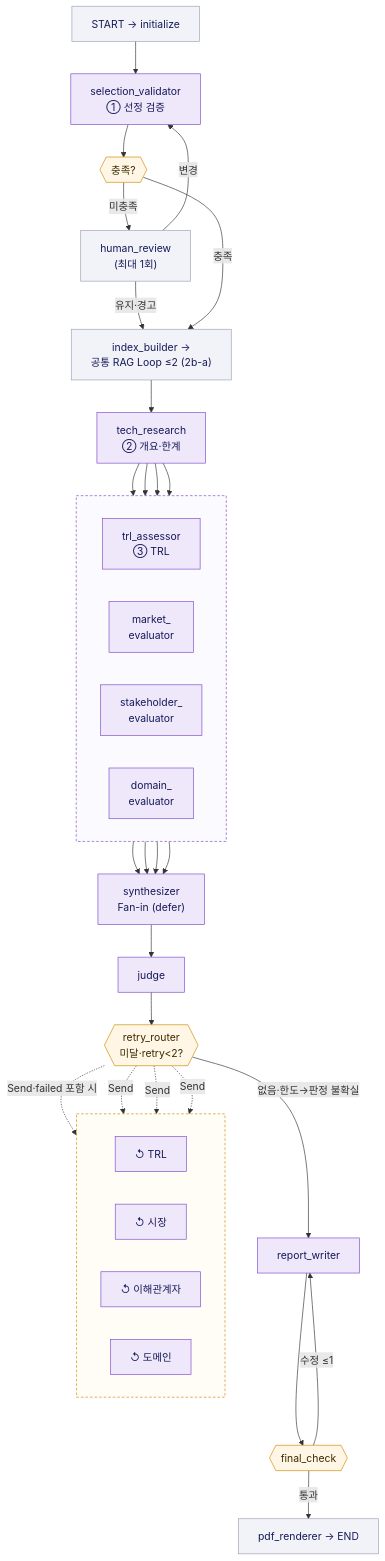
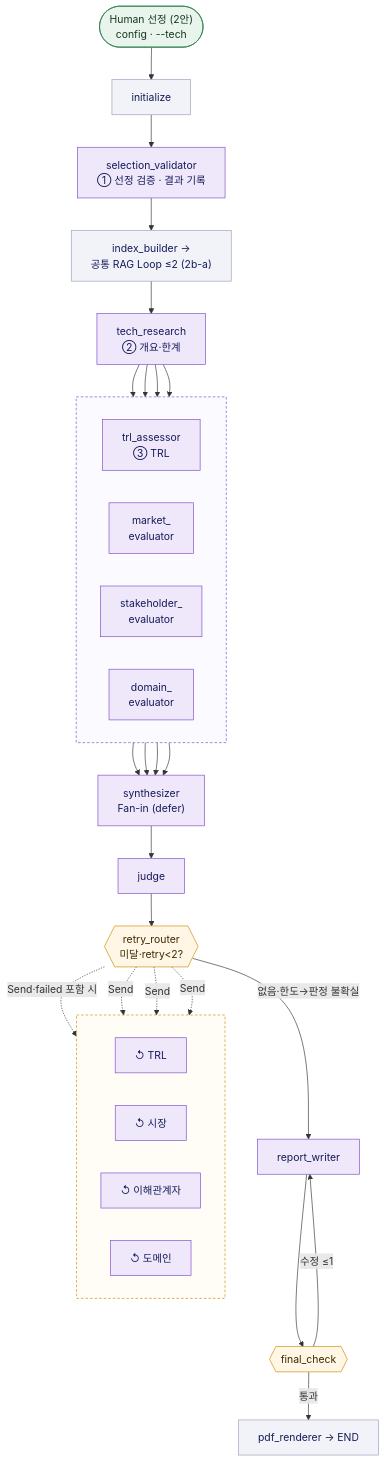
One commit to jinsu1011/skala-project-0921 changed the diagram in docs/graph_overview.mmd. Above: the diagram before and after it, drawn with Mermaid. The commit also changed 25 other files, not shown here.

```diff
--- a/docs/graph_overview.mmd
+++ b/docs/graph_overview.mmd
@@ -1,42 +1,41 @@
 flowchart TD
-    INIT["START → initialize"] --> VAL["selection_validator<br/>① 선정 검증"]
-    VAL --> VQ{{"충족?"}}
-    VQ -->|"미충족"| HUM["human_review<br/>(최대 1회)"]
-    HUM -->|"변경"| VAL
-    HUM -->|"유지·경고"| CR
-    VQ -->|"충족"| CR["index_builder →<br/>공통 RAG Loop ≤2 (2b-a)"]
+    H0(["Human 선정 (2안)<br/>config · --tech"]) --> INIT["initialize"]
+    INIT --> VAL["selection_validator<br/>① 선정 검증 · 결과 기록"]
+    VAL --> CR["index_builder →<br/>공통 RAG Loop ≤2 (2b-a)"]
     CR --> TR["tech_research<br/>② 개요·한계"]
     subgraph FAN[" "]
         direction LR
         TRL["trl_assessor<br/>③ TRL"]
         MK["market_<br/>evaluator"]
         SH["stakeholder_<br/>evaluator"]
         DM["domain_<br/>evaluator"]
     end
     TR --> TRL & MK & SH & DM
     TRL & MK & SH & DM --> SY["synthesizer<br/>Fan-in (defer)"]
     SY --> JD["judge"]
     JD --> RR{{"retry_router<br/>미달·retry<2?"}}
     subgraph RERUN[" "]
         direction LR
         R1["↺ TRL"]
         R2["↺ 시장"]
         R3["↺ 이해관계자"]
         R4["↺ 도메인"]
     end
     RR -.->|"Send·failed 포함 시"| R1
     RR -.->|"Send"| R2
     RR -.->|"Send"| R3
     RR -.->|"Send"| R4
     RR -->|"없음·한도→판정 불확실"| RWR["report_writer"]
     RWR --> FC{{"final_check"}}
     FC -->|"수정 ≤1"| RWR
     FC -->|"통과"| PDF["pdf_renderer → END"]
     classDef agent fill:#EEE8FA,stroke:#7F4ACB,color:#161A58;
     classDef util fill:#F2F3F8,stroke:#9AA0B8,color:#161A58;
+    classDef human fill:#E8F4EC,stroke:#2E7D4F,color:#16381F;
     classDef gate fill:#FFF6E5,stroke:#D08A00,color:#3A2A00;
     class VAL,TR,TRL,MK,SH,DM,SY,JD,RWR,R1,R2,R3,R4 agent;
-    class INIT,HUM,CR,PDF util;
-    class VQ,RR,FC gate;
+    class INIT,CR,PDF util;
+    class H0 human;
+    class RR,FC gate;
     style RERUN fill:#FFFDF6,stroke:#D08A00,stroke-dasharray:4 3,color:#3A2A00
     style FAN fill:#FBFAFE,stroke:#7F4ACB,stroke-dasharray:4 3,color:#161A58
```
